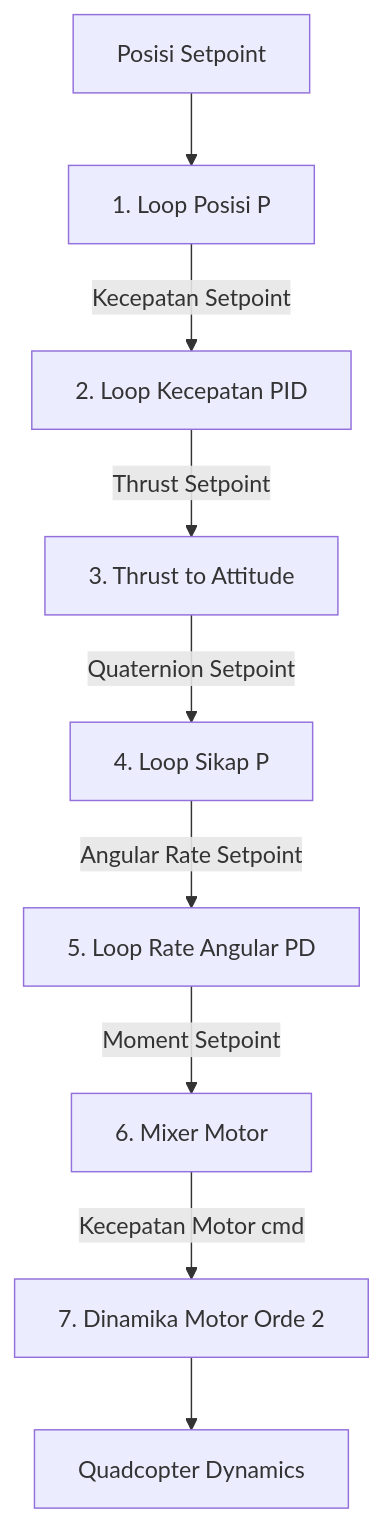
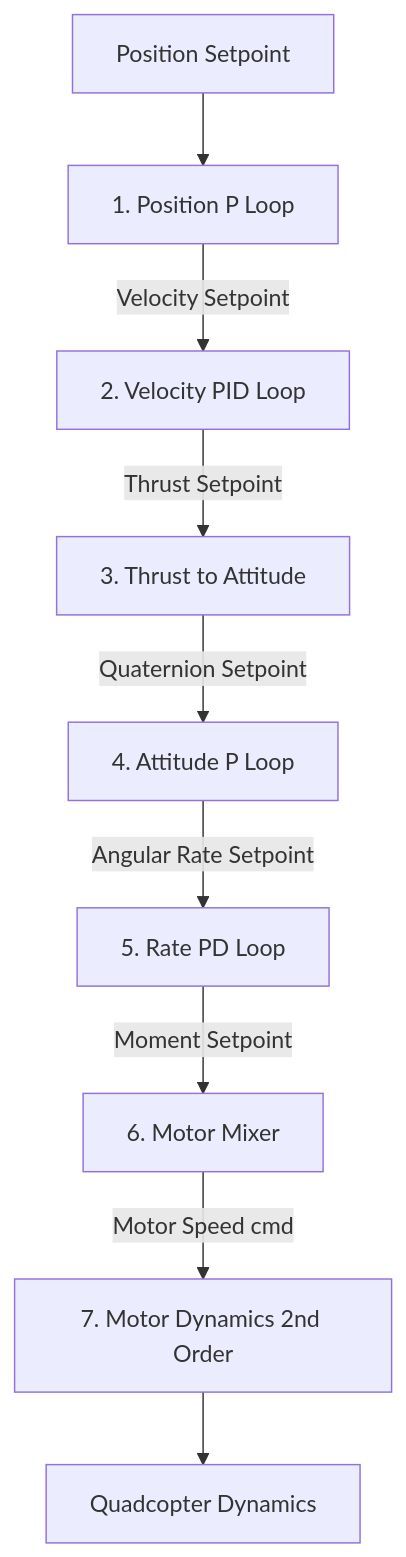
The diagram in README.md (izmaherdian/multi-agent-sim), drawn with Mermaid before and after one commit. The commit also changed other lines of this file and 6 other files, not shown here.

````diff
--- a/README.md
+++ b/README.md
@@ -81,11 +81,11 @@
 ```mermaid
 graph TD
-    pos_sp[Posisi Setpoint] --> pos_loop[1. Loop Posisi P]
-    pos_loop -->|Kecepatan Setpoint| vel_loop[2. Loop Kecepatan PID]
+    pos_sp[Position Setpoint] --> pos_loop[1. Position P Loop]
+    pos_loop -->|Velocity Setpoint| vel_loop[2. Velocity PID Loop]
     vel_loop -->|Thrust Setpoint| att_conv[3. Thrust to Attitude]
-    att_conv -->|Quaternion Setpoint| att_loop[4. Loop Sikap P]
-    att_loop -->|Angular Rate Setpoint| rate_loop[5. Loop Rate Angular PD]
-    rate_loop -->|Moment Setpoint| mixer[6. Mixer Motor]
-    mixer -->|Kecepatan Motor cmd| motor_dyn[7. Dinamika Motor Orde 2]
+    att_conv -->|Quaternion Setpoint| att_loop[4. Attitude P Loop]
+    att_loop -->|Angular Rate Setpoint| rate_loop[5. Rate PD Loop]
+    rate_loop -->|Moment Setpoint| mixer[6. Motor Mixer]
+    mixer -->|Motor Speed cmd| motor_dyn[7. Motor Dynamics 2nd Order]
     motor_dyn --> quad_plant[Quadcopter Dynamics]
 ```
````
